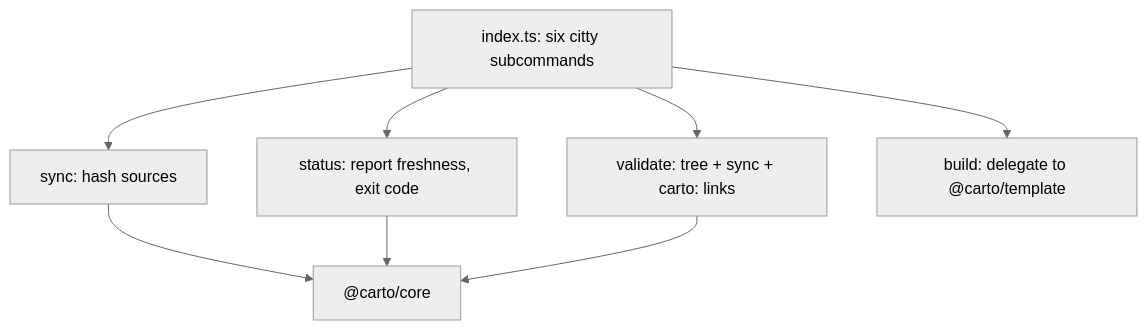
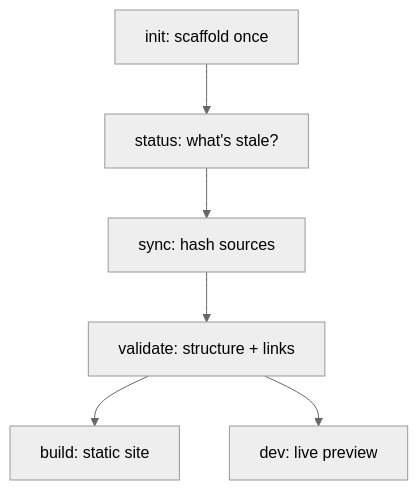
Before and after one commit to 5u4/carto: the diagram in docs/cli/en.mdx, drawn with Mermaid (neutral theme). The commit also changed other lines of this file and 18 other files, not shown here.

````diff
--- a/docs/cli/en.mdx
+++ b/docs/cli/en.mdx
@@ -37,10 +35,8 @@
 ```mermaid
 graph TD
-  index["index.ts: six citty subcommands"] --> sync["sync: hash sources"]
-  index --> status["status: report freshness, exit code"]
-  index --> validate["validate: tree + sync + carto: links"]
-  index --> build["build: delegate to @carto/template"]
-  sync --> core["@carto/core"]
-  status --> core
-  validate --> core
+  init["init: scaffold once"] --> status["status: what's stale?"]
+  status --> sync["sync: hash sources"]
+  sync --> validate["validate: structure + links"]
+  validate --> build["build: static site"]
+  validate --> dev["dev: live preview"]
 ```
````
